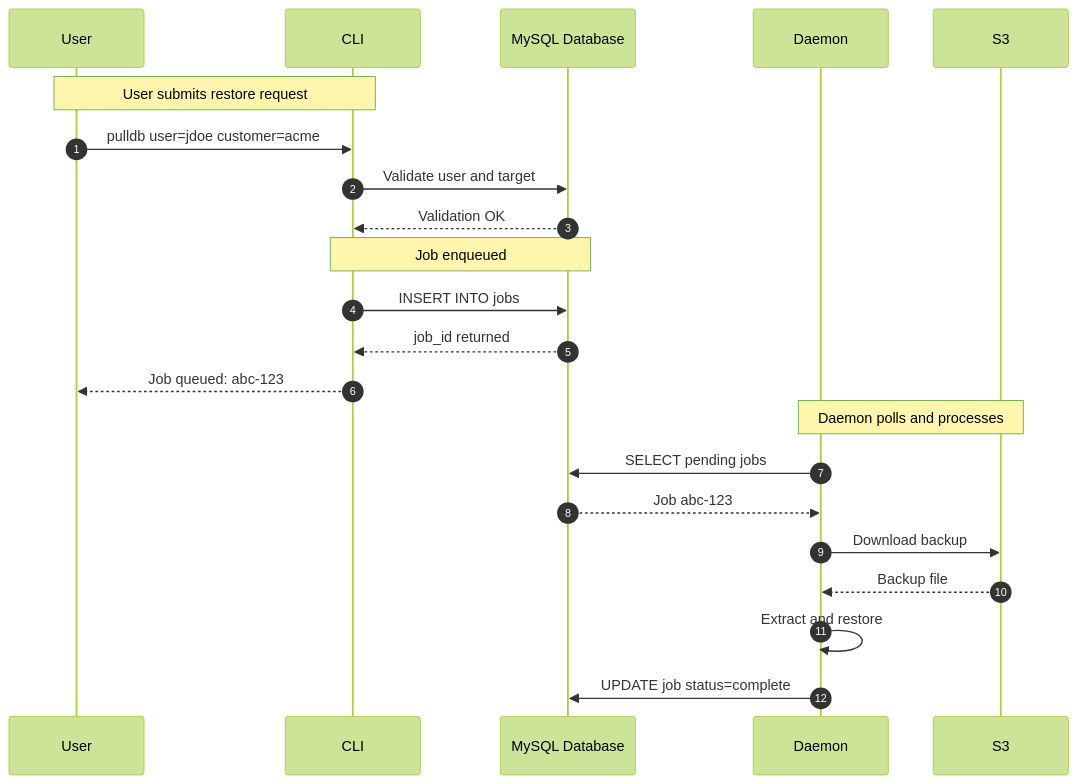
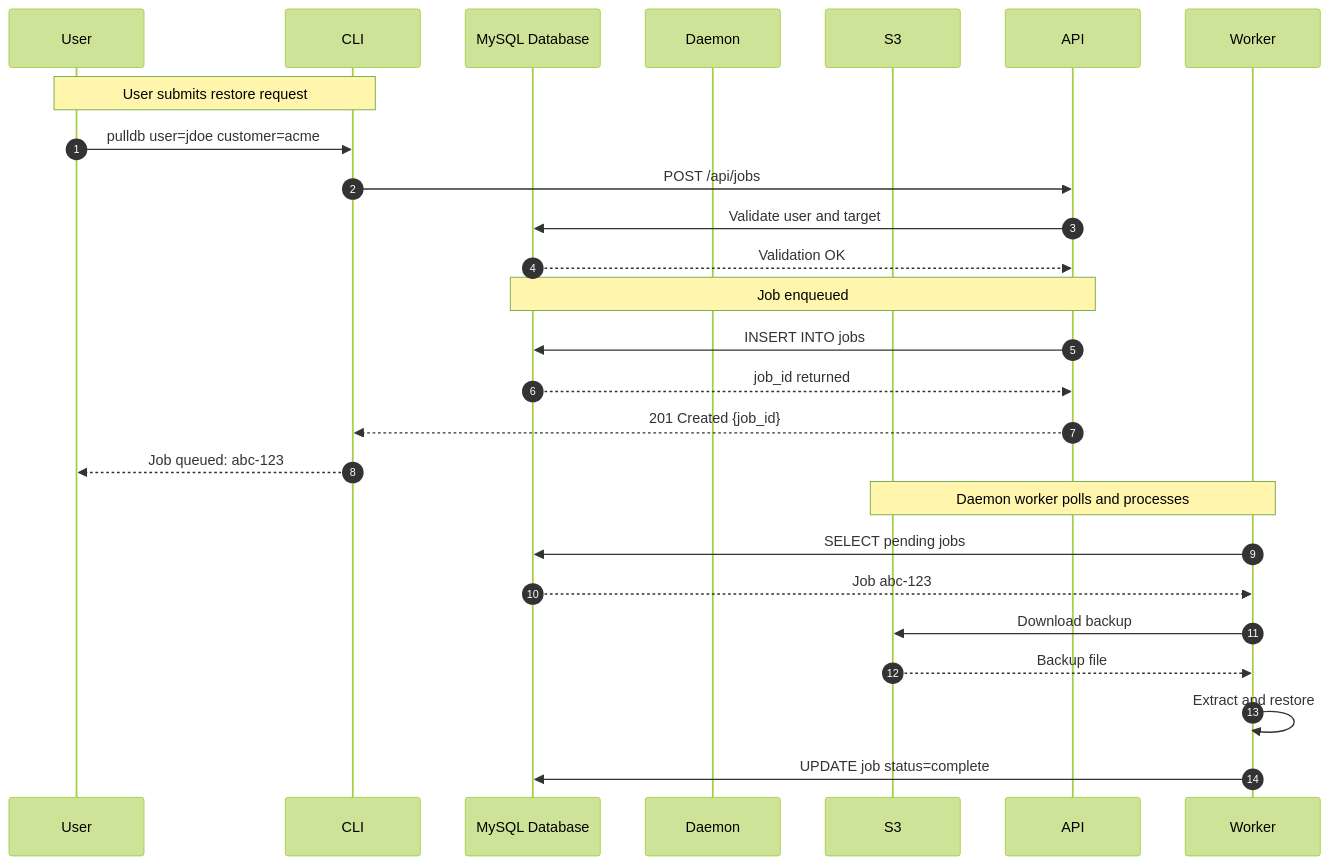
One commit to CharlesHandshy/pullDB changed the second of 4 diagrams in docs/coding-standards.md. Above: the diagram before and after it, drawn with Mermaid (forest theme). The commit also changed other lines of this file and 27 other files, not shown here.

````diff
--- a/docs/coding-standards.md
+++ b/docs/coding-standards.md
@@ -932,32 +932,34 @@
 ```mermaid
 sequenceDiagram
     %% Use meaningful participant names
     participant User
     participant CLI
     participant DB as MySQL Database
     participant Daemon
     participant S3
 
     %% Number steps for clarity
     autonumber
 
     %% Add notes for important details
     Note over User,CLI: User submits restore request
 
     User->>CLI: pulldb user=jdoe customer=acme
-    CLI->>DB: Validate user and target
-    DB-->>CLI: Validation OK
+    CLI->>API: POST /api/jobs
+    API->>DB: Validate user and target
+    DB-->>API: Validation OK
 
-    Note over CLI,DB: Job enqueued
-    CLI->>DB: INSERT INTO jobs
-    DB-->>CLI: job_id returned
+    Note over API,DB: Job enqueued
+    API->>DB: INSERT INTO jobs
+    DB-->>API: job_id returned
+    API-->>CLI: 201 Created {job_id}
     CLI-->>User: Job queued: abc-123
 
-    Note over Daemon,S3: Daemon polls and processes
-    Daemon->>DB: SELECT pending jobs
-    DB-->>Daemon: Job abc-123
-    Daemon->>S3: Download backup
-    S3-->>Daemon: Backup file
-    Daemon->>Daemon: Extract and restore
-    Daemon->>DB: UPDATE job status=complete
+    Note over Worker,S3: Daemon worker polls and processes
+    Worker->>DB: SELECT pending jobs
+    DB-->>Worker: Job abc-123
+    Worker->>S3: Download backup
+    S3-->>Worker: Backup file
+    Worker->>Worker: Extract and restore
+    Worker->>DB: UPDATE job status=complete
 ```
````
